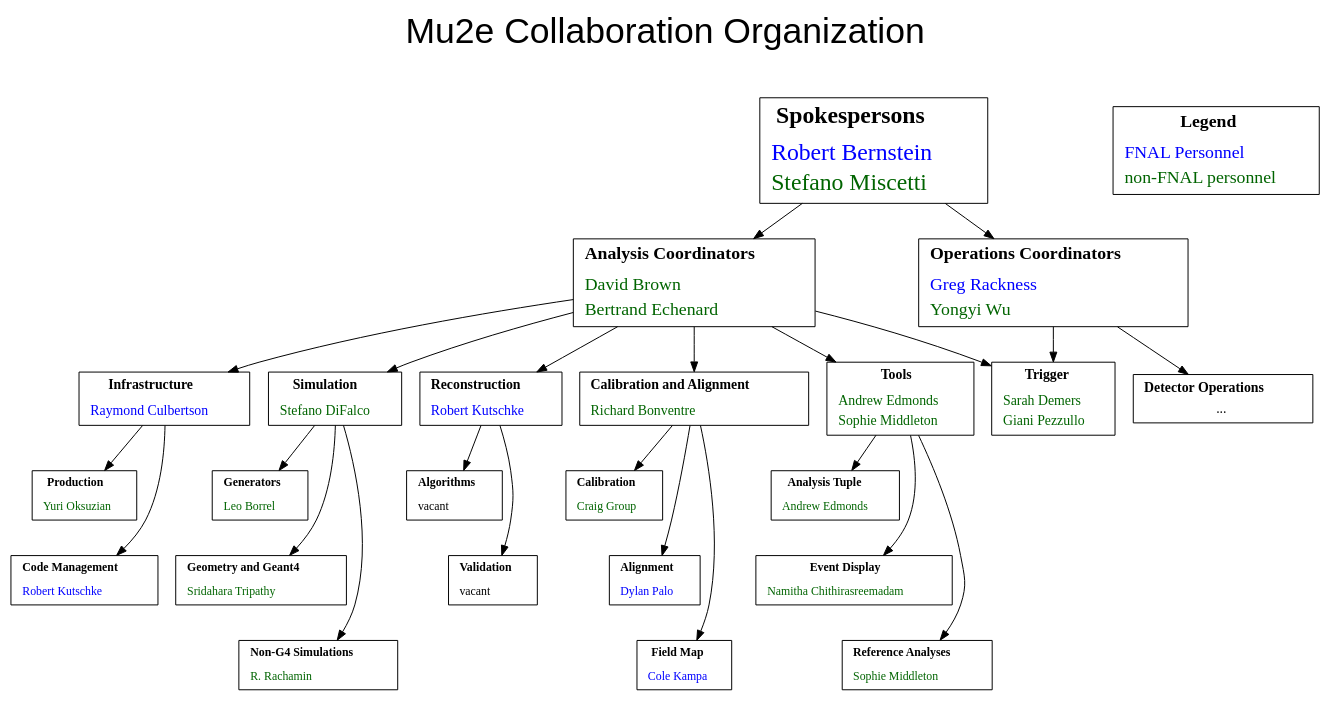
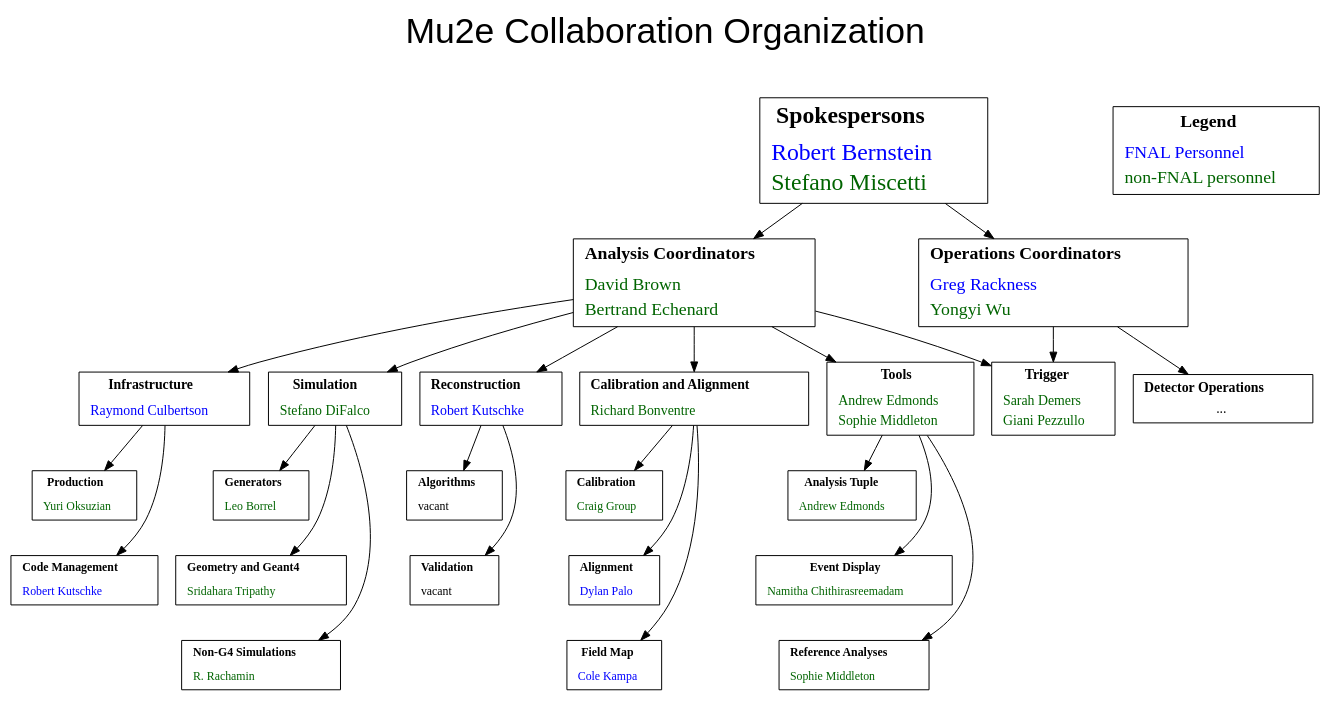
One commit to sophiemiddleton/Production changed the diagram in Documents/OrgChart_Analysis.dot. Above: the diagram before and after it, drawn with Graphviz.

Commit message:
Align L4 boxes

```diff
--- a/Documents/OrgChart_Analysis.dot
+++ b/Documents/OrgChart_Analysis.dot
@@ -129,8 +129,8 @@
          <tr><td align="left"><font color="blue">Robert Kutschke</font></td></tr>
          </table>>];
 
-  Infrastructure->Production,Code;
-  Production->Code [style="invisible" dir="none"];
+  Infrastructure->Production,Code [weight=1];
+  Production->Code [style="invisible" dir="none" weight=3];
   /* Calibration L4 */
 
   Calibration [shape=box, peripheries=1, color=black, fontsize="12",
@@ -154,8 +154,8 @@
               <tr><td align="left"><font color="blue">Cole Kampa</font></td></tr>
               </table>>];
 
-  CalAlign->Calibration,Alignment,Field_Map;
-  Calibration->Alignment->Field_Map [style="invisible" dir="none"];
+  CalAlign->Calibration,Alignment,Field_Map [weight=1];
+  Calibration->Alignment->Field_Map [style="invisible" dir="none" weight=3];
 
   /* Simulation L4 */
   Generators [shape=box, peripheries=1, color=black, fontsize="12",
@@ -177,8 +177,8 @@
           <tr><td align="left"><font color="darkgreen">R. Rachamin</font></td></tr>
           </table>>];
 
-  Simulation->Generators,Geometry,Other;
-  Generators->Geometry->Other [style="invisible" dir="none"];
+  Simulation->Generators,Geometry,Other [weight=1];
+  Generators->Geometry->Other [style="invisible" dir="none" weight=3];
 
   /* Reconstruction L4 */
 
@@ -194,8 +194,8 @@
                <tr><td align="center"></td></tr>
                <tr><td align="left"><font color="black">vacant</font></td></tr>
                </table>>];
-  Reconstruction->Algorithms,Validation;
-  Algorithms->Validation [style="invisible" dir="none"];
+  Reconstruction->Algorithms,Validation [weight=1];
+  Algorithms->Validation [style="invisible" dir="none" weight=3];
 
   /* Tools L4 */
 
@@ -219,7 +219,7 @@
                <tr><td align="left"><font color="darkgreen">Sophie Middleton</font></td></tr>
                </table>>];
 
-  Tools->Tuple,Display,Reference;
-  Tuple->Display->Reference [style="invisible" dir="none"];
+  Tools->Tuple,Display,Reference [weight=1];
+  Tuple->Display->Reference [style="invisible" dir="none" weight=3];
 
 }
```
